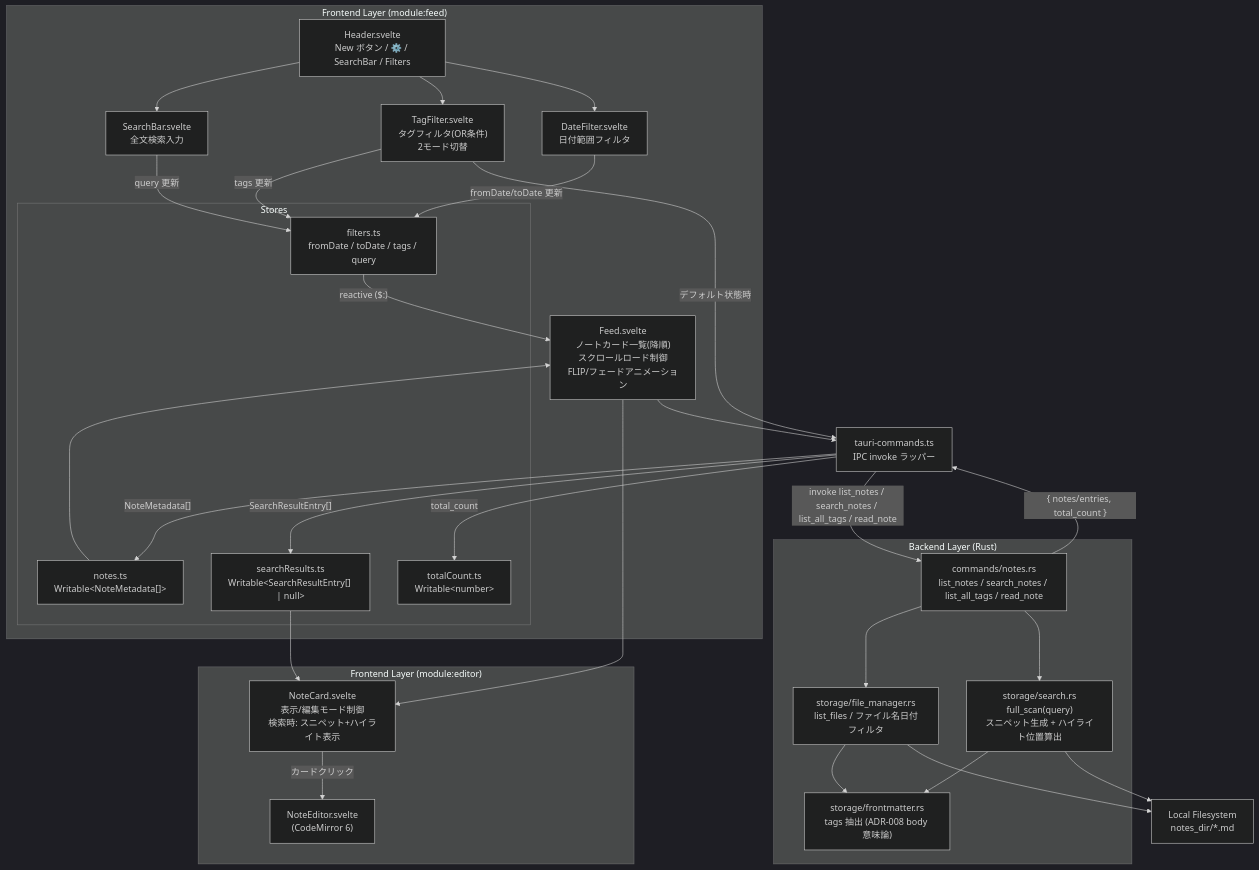
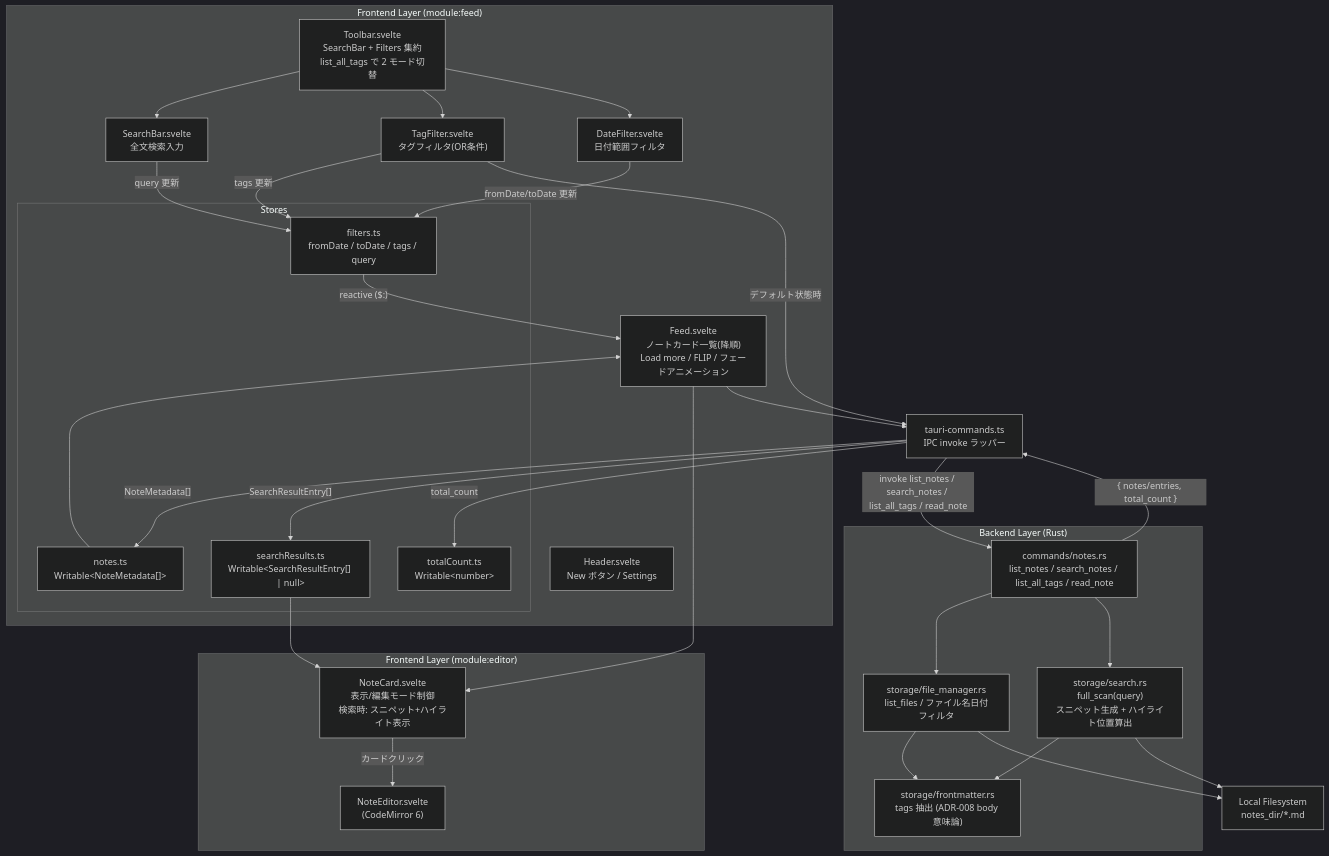
Before and after one commit to dev-komenzar/prompt-notes: the first of 5 diagrams in docs/detailed_design/feed_search_design.md, drawn with Mermaid (dark theme). The commit also changed other lines of this file and 16 other files, not shown here.

````diff
--- a/docs/detailed_design/feed_search_design.md
+++ b/docs/detailed_design/feed_search_design.md
@@ -67,61 +67,62 @@
 ```mermaid
 graph TB
     subgraph "Frontend Layer (module:feed)"
-        HD["Header.svelte<br/>New ボタン / ⚙️ / SearchBar / Filters"]
-        FD["Feed.svelte<br/>ノートカード一覧(降順)<br/>スクロールロード制御<br/>FLIP/フェードアニメーション"]
+        HD["Header.svelte<br/>New ボタン / Settings"]
+        TB["Toolbar.svelte<br/>SearchBar + Filters 集約<br/>list_all_tags で 2 モード切替"]
+        FD["Feed.svelte<br/>ノートカード一覧(降順)<br/>Load more / FLIP / フェードアニメーション"]
         SB["SearchBar.svelte<br/>全文検索入力"]
-        TF["TagFilter.svelte<br/>タグフィルタ(OR条件)<br/>2モード切替"]
+        TF["TagFilter.svelte<br/>タグフィルタ(OR条件)"]
         DF["DateFilter.svelte<br/>日付範囲フィルタ"]
 
         subgraph "Stores"
             NS["notes.ts<br/>Writable&lt;NoteMetadata[]&gt;"]
             FS["filters.ts<br/>fromDate / toDate / tags / query"]
             SRS["searchResults.ts<br/>Writable&lt;SearchResultEntry[] | null&gt;"]
             TC_STORE["totalCount.ts<br/>Writable&lt;number&gt;"]
         end
     end
 
     subgraph "Frontend Layer (module:editor)"
         NC["NoteCard.svelte<br/>表示/編集モード制御<br/>検索時: スニペット+ハイライト表示"]
         NE["NoteEditor.svelte<br/>(CodeMirror 6)"]
     end
 
     TC["tauri-commands.ts<br/>IPC invoke ラッパー"]
 
     subgraph "Backend Layer (Rust)"
         CMD["commands/notes.rs<br/>list_notes / search_notes / list_all_tags / read_note"]
         FMGR["storage/file_manager.rs<br/>list_files / ファイル名日付フィルタ"]
         SRCH["storage/search.rs<br/>full_scan(query)<br/>スニペット生成 + ハイライト位置算出"]
         FM["storage/frontmatter.rs<br/>tags 抽出 (ADR-008 body 意味論)"]
     end
 
     FS_DISK["Local Filesystem<br/>notes_dir/*.md"]
 
-    HD --> SB
-    HD --> TF
-    HD --> DF
+    TB --> SB
+    TB --> TF
+    TB --> DF
     SB -->|query 更新| FS
     TF -->|tags 更新| FS
     DF -->|fromDate/toDate 更新| FS
 
     FS -->|"reactive ($:)"| FD
     FD --> NC
     NC -->|カードクリック| NE
     NS --> FD
     SRS --> NC
 
     FD --> TC
     TF -->|"デフォルト状態時"| TC
     TC -->|"invoke list_notes / search_notes / list_all_tags / read_note"| CMD
     CMD --> FMGR
     CMD --> SRCH
     SRCH --> FM
     FMGR --> FM
     FMGR --> FS_DISK
     SRCH --> FS_DISK
 
     CMD -->|"{ notes/entries, total_count }"| TC
     TC -->|"NoteMetadata[]"| NS
     TC -->|"SearchResultEntry[]"| SRS
     TC -->|"total_count"| TC_STORE
 ```
````
